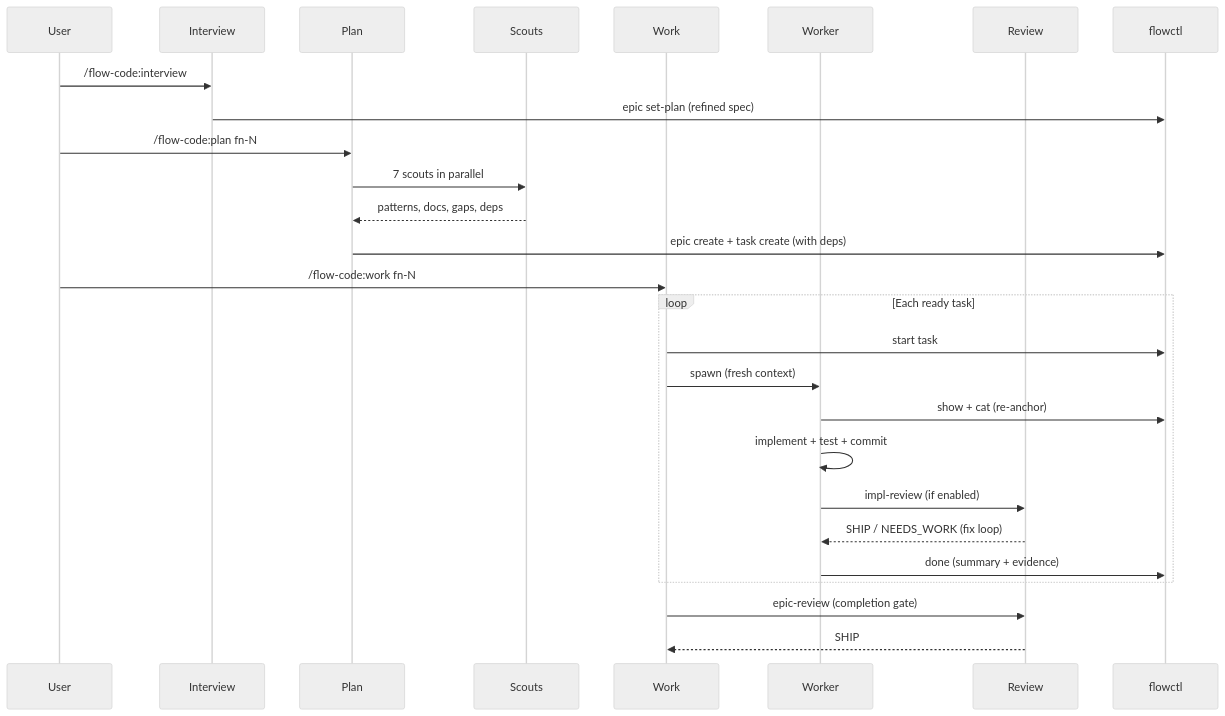
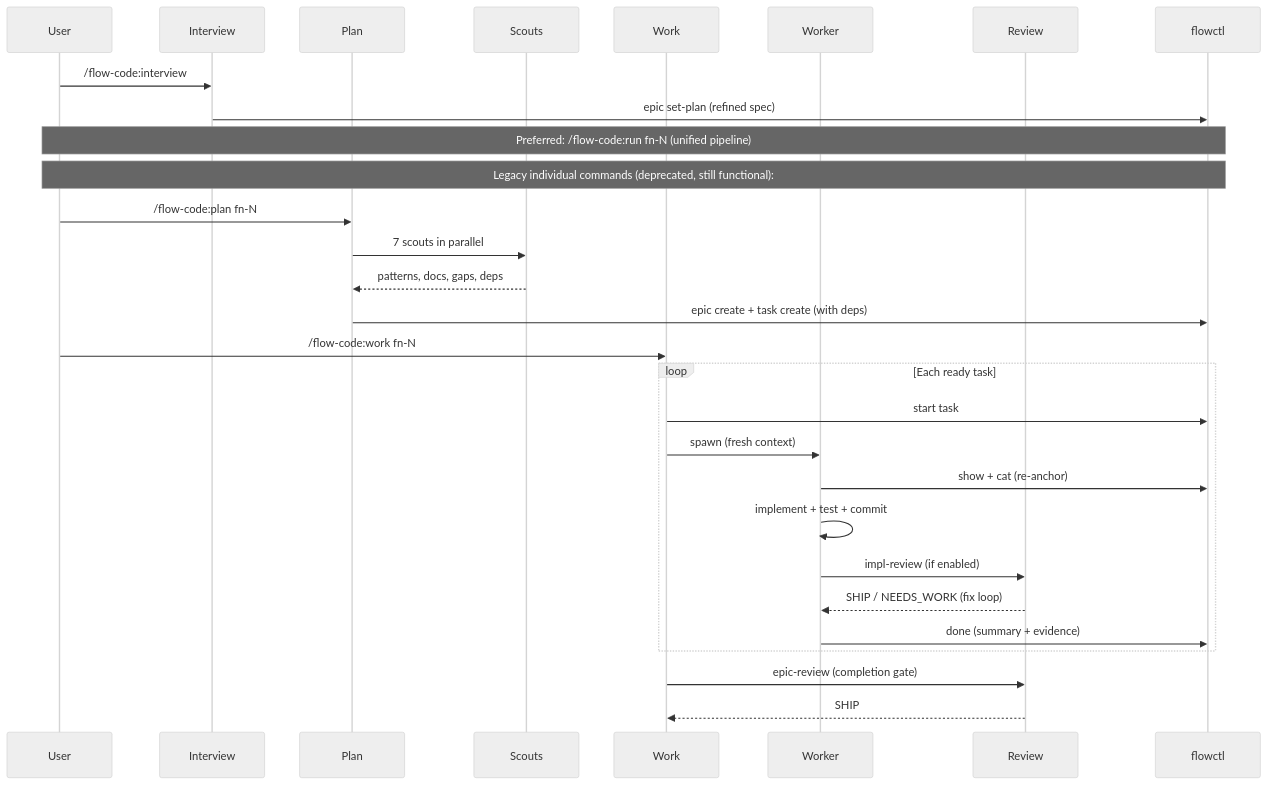
One commit to z23cc/flow-code changed the second of 4 diagrams in docs/CODEBASE_MAP.md. Above: the diagram before and after it, drawn with Mermaid (neutral theme). The commit also changed other lines of this file and 4 other files, not shown here.

First line of the commit message:
docs: update stale references to show flow-code-run as primary entry point [fn-16.3]

````diff
--- a/docs/CODEBASE_MAP.md
+++ b/docs/CODEBASE_MAP.md
@@ -234,32 +234,34 @@
 ```mermaid
 sequenceDiagram
     participant User
     participant Interview
     participant Plan
     participant Scouts
     participant Work
     participant Worker
     participant Review
     participant flowctl
 
     User->>Interview: /flow-code:interview
     Interview->>flowctl: epic set-plan (refined spec)
 
+    Note over User,flowctl: Preferred: /flow-code:run fn-N (unified pipeline)
+    Note over User,flowctl: Legacy individual commands (deprecated, still functional):
     User->>Plan: /flow-code:plan fn-N
     Plan->>Scouts: 7 scouts in parallel
     Scouts-->>Plan: patterns, docs, gaps, deps
     Plan->>flowctl: epic create + task create (with deps)
 
     User->>Work: /flow-code:work fn-N
     loop Each ready task
         Work->>flowctl: start task
         Work->>Worker: spawn (fresh context)
         Worker->>flowctl: show + cat (re-anchor)
         Worker->>Worker: implement + test + commit
         Worker->>Review: impl-review (if enabled)
         Review-->>Worker: SHIP / NEEDS_WORK (fix loop)
         Worker->>flowctl: done (summary + evidence)
     end
     Work->>Review: epic-review (completion gate)
     Review-->>Work: SHIP
 ```
````
